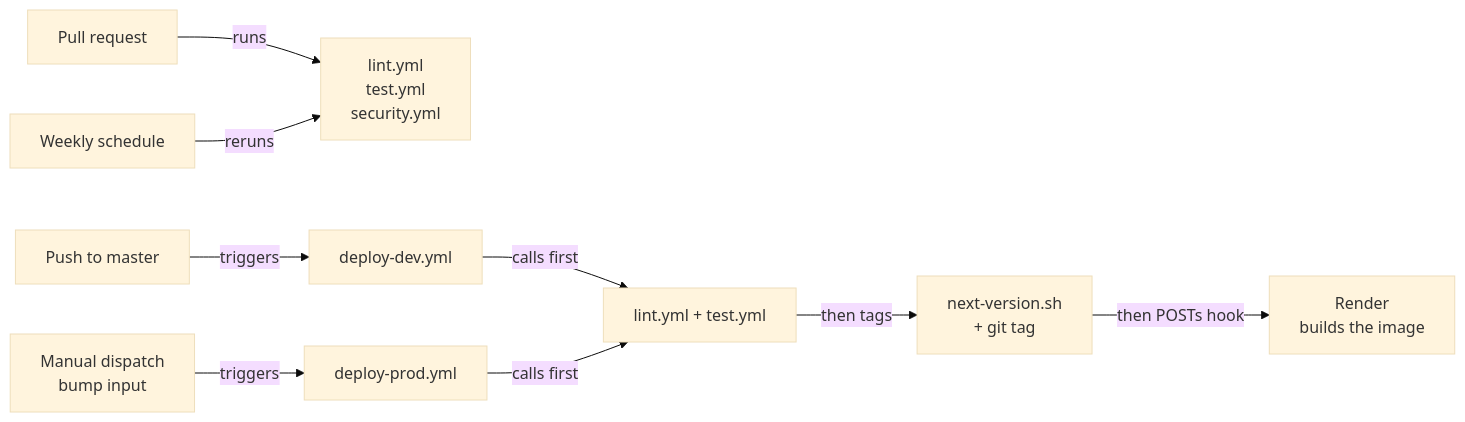
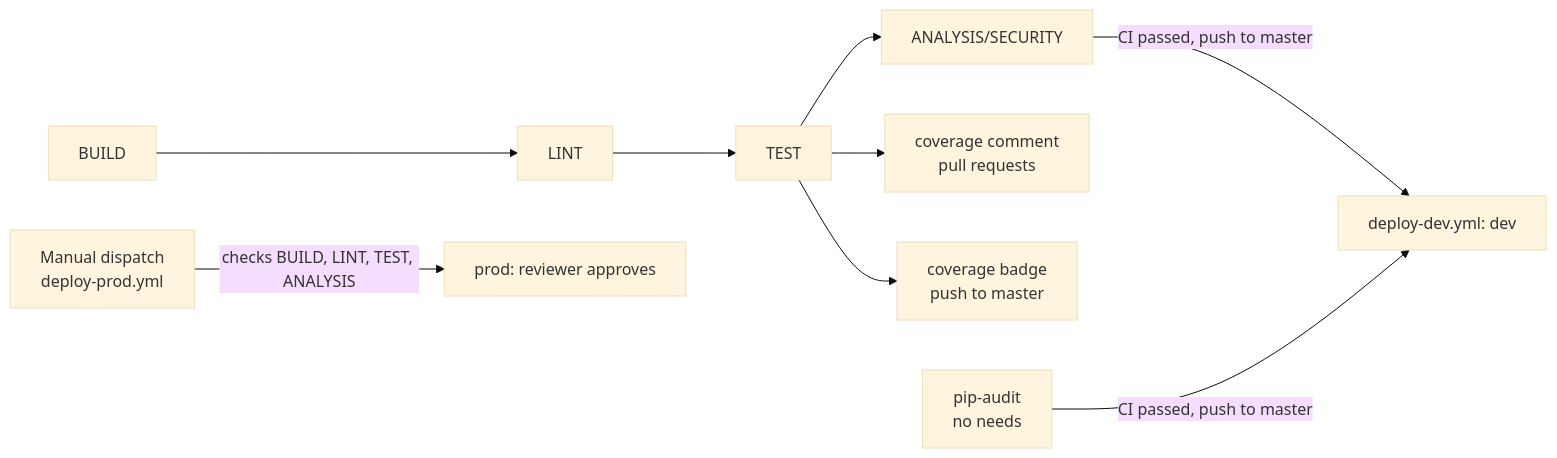
One commit to alopesmendes/pykaraoke changed the diagram in docs/CI-CD.md. Above: the diagram before and after it, drawn with Mermaid (base theme). The commit also changed other lines of this file and 19 other files, not shown here.

Commit message:
chore(#31): Split CI/CD into BUILD, LINT, TEST, ANALYSIS/SECURITY, DEPLOY (#34)

````diff
--- a/docs/CI-CD.md
+++ b/docs/CI-CD.md
@@ -8,11 +8,10 @@
 ```mermaid
 flowchart LR
-  PR[Pull request] -->|runs| CHECKS[lint.yml<br/>test.yml<br/>security.yml]
-  SCHED[Weekly schedule] -->|reruns| CHECKS
-  MERGE[Push to master] -->|triggers| DEV[deploy-dev.yml]
-  MANUAL[Manual dispatch<br/>bump input] -->|triggers| PROD[deploy-prod.yml]
-  DEV -->|calls first| GATE[lint.yml + test.yml]
-  PROD -->|calls first| GATE
-  GATE -->|then tags| TAG[next-version.sh<br/>+ git tag]
-  TAG -->|then POSTs hook| RENDER[Render<br/>builds the image]
+  B[BUILD] --> L[LINT] --> T[TEST] --> A[ANALYSIS/SECURITY]
+  T --> CP[coverage comment<br/>pull requests]
+  T --> CB[coverage badge<br/>push to master]
+  P[pip-audit<br/>no needs]
+  A -->|CI passed, push to master| DEV[deploy-dev.yml: dev]
+  P -->|CI passed, push to master| DEV
+  M[Manual dispatch<br/>deploy-prod.yml] -->|checks BUILD, LINT, TEST, ANALYSIS| PROD[prod: reviewer approves]
 ```
````
